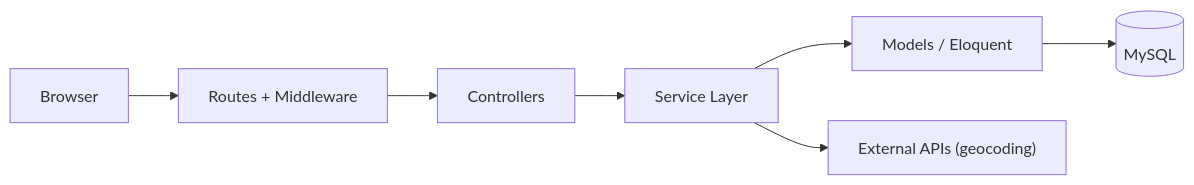
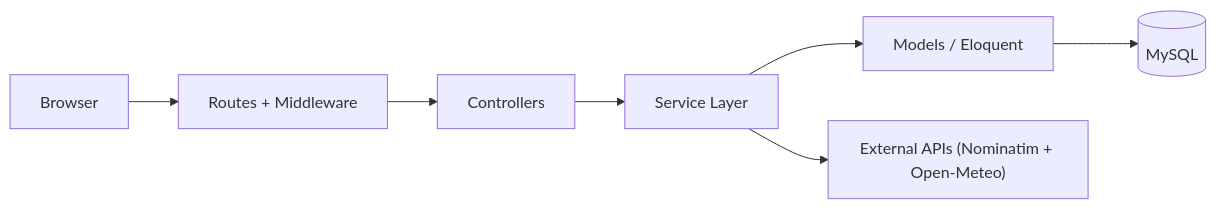
One commit to DarulQutni-Q/CargoTrace changed the first of 2 diagrams in README.md. Above: the diagram before and after it, drawn with Mermaid. The commit also changed other lines of this file and 211 other files, not shown here.

````diff
--- a/README.md
+++ b/README.md
@@ -60,9 +71,9 @@
 ```mermaid
 flowchart LR
     Browser --> Routes["Routes + Middleware"]
     Routes --> Controllers
     Controllers --> Services["Service Layer"]
     Services --> Models["Models / Eloquent"]
     Models --> DB[(MySQL)]
-    Services --> Ext["External APIs (geocoding)"]
+    Services --> Ext["External APIs (Nominatim + Open-Meteo)"]
 ```
````
